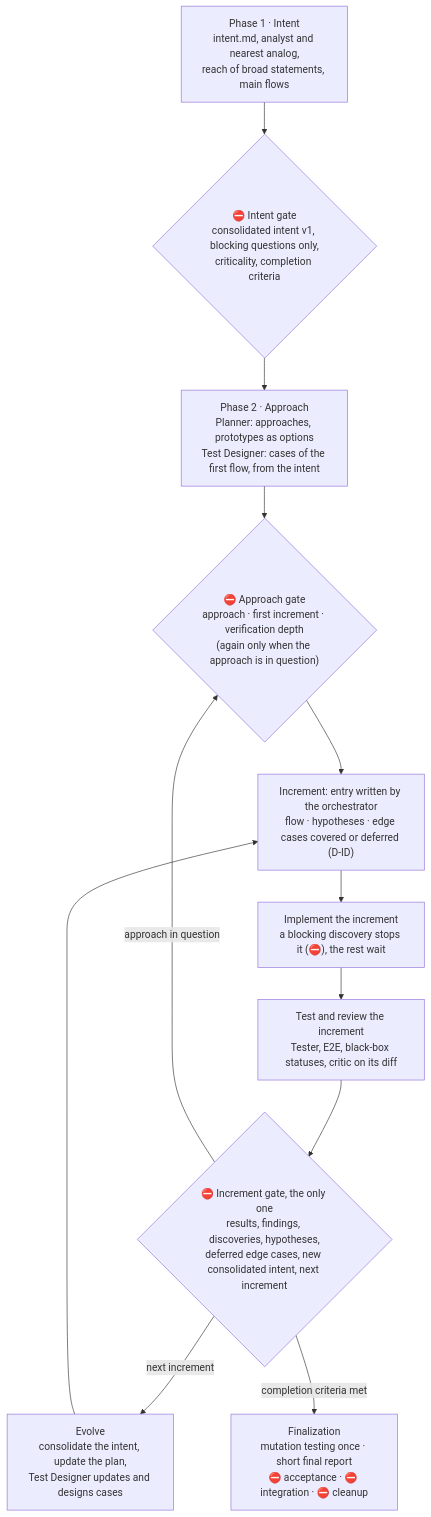
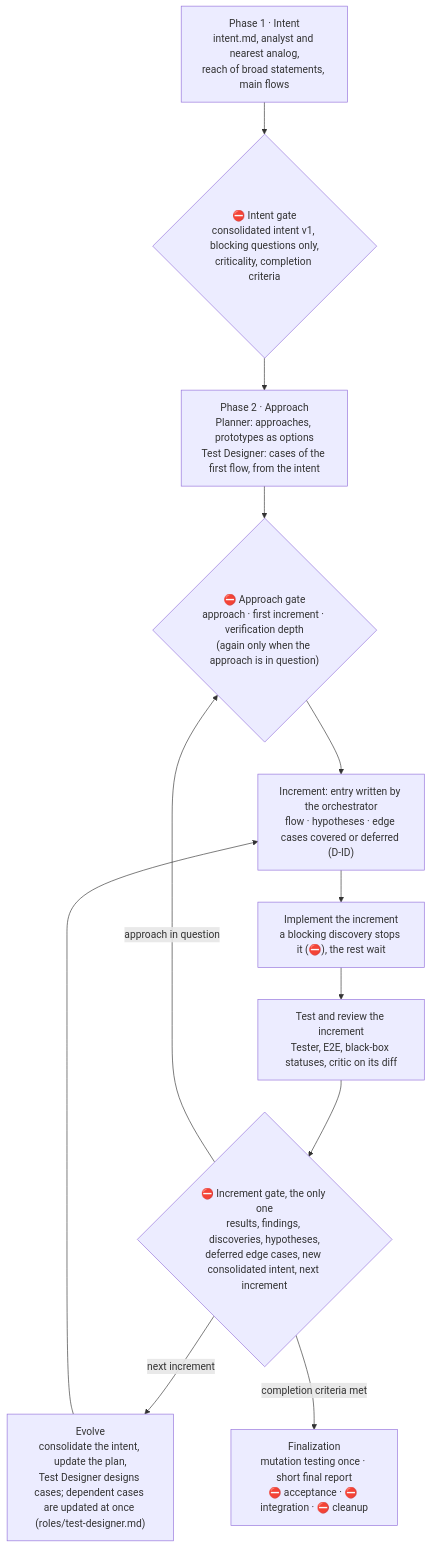
One commit to mariopedemonte12/claude-feature-workflow changed the fifth of 12 diagrams in docs/architecture.md. Above: the diagram before and after it, drawn with Mermaid. The commit also changed 7 other files, not shown here.

````diff
--- a/docs/architecture.md
+++ b/docs/architecture.md
@@ -211,14 +211,14 @@
 ```mermaid
 flowchart TB
     P1["Phase 1 · Intent<br/>intent.md, analyst and nearest analog,<br/>reach of broad statements, main flows"] --> G1{"⛔ Intent gate<br/>consolidated intent v1, blocking questions only,<br/>criticality, completion criteria"}
     G1 --> P2["Phase 2 · Approach<br/>Planner: approaches, prototypes as options<br/>Test Designer: cases of the first flow, from the intent"]
     P2 --> G2{"⛔ Approach gate<br/>approach · first increment · verification depth<br/>(again only when the approach is in question)"}
     G2 --> INC["Increment: entry written by the orchestrator<br/>flow · hypotheses · edge cases covered or deferred (D-ID)"]
     INC --> P3["Implement the increment<br/>a blocking discovery stops it (⛔), the rest wait"]
     P3 --> P4["Test and review the increment<br/>Tester, E2E, black-box statuses, critic on its diff"]
     P4 --> G4{"⛔ Increment gate, the only one<br/>results, findings, discoveries, hypotheses,<br/>deferred edge cases, new consolidated intent, next increment"}
-    G4 -->|"next increment"| EV["Evolve<br/>consolidate the intent, update the plan,<br/>Test Designer updates and designs cases"]
+    G4 -->|"next increment"| EV["Evolve<br/>consolidate the intent, update the plan,<br/>Test Designer designs cases; dependent cases are updated at once (roles/test-designer.md)"]
     EV --> INC
     G4 -->|"approach in question"| G2
     G4 -->|"completion criteria met"| P6["Finalization<br/>mutation testing once · short final report<br/>⛔ acceptance · ⛔ integration · ⛔ cleanup"]
 ```
````
